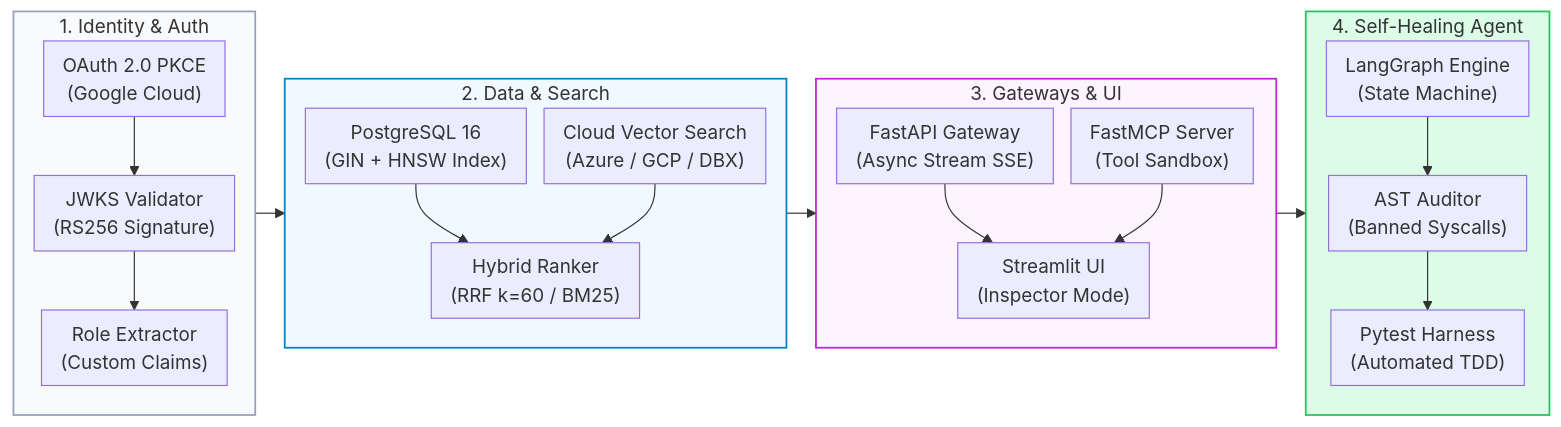
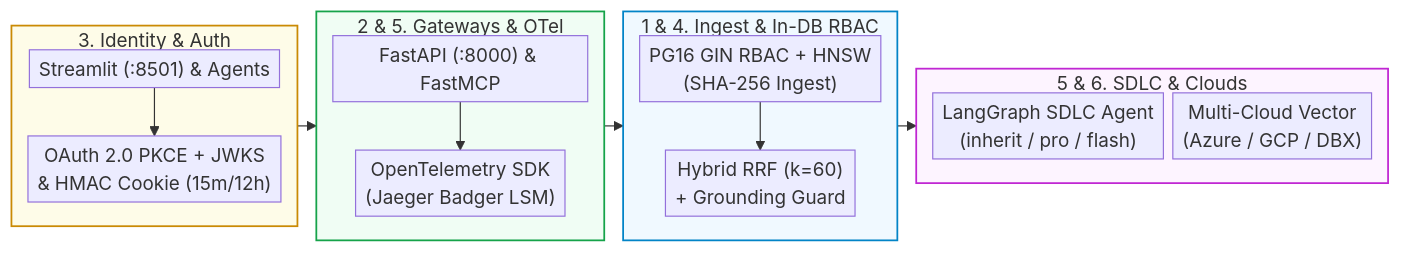
Before and after one commit to Kenono2000/enterprise-rag-pgvector-rbac: the first of 7 diagrams in README.md, drawn with Mermaid. The commit also changed other lines of this file, not shown here.

````diff
--- a/README.md
+++ b/README.md
@@ -47,27 +11,26 @@
 ```mermaid
-%%{init: {'flowchart': {'nodeSpacing': 15, 'rankSpacing': 25, 'padding': 8}}}%%
+%%{init: {'flowchart': {'nodeSpacing': 8, 'rankSpacing': 16, 'padding': 4}}}%%
 flowchart LR
-    subgraph IdentityLayer ["1. Identity & Auth"]
+    subgraph Identity ["3. Identity & Auth"]
         direction TB
-        AuthCode["OAuth 2.0 PKCE<br/>(Google Cloud)"] --> JWKSValidator["JWKS Validator<br/>(RS256 Signature)"] --> RoleMapper["Role Extractor<br/>(Custom Claims)"]
+        UI["Streamlit (:8501) & Agents"] --> PKCE["OAuth 2.0 PKCE + JWKS<br/>& HMAC Cookie (15m/12h)"]
     end
-    subgraph RetrievalLayer ["2. Data & Search"]
+    subgraph Gateways ["2 & 5. Gateways & OTel"]
         direction TB
-        PGVector["PostgreSQL 16<br/>(GIN + HNSW Index)"] --> HybridRanker["Hybrid Ranker<br/>(RRF k=60 / BM25)"]
-        CloudSearch["Cloud Vector Search<br/>(Azure / GCP / DBX)"] --> HybridRanker
+        API["FastAPI (:8000) & FastMCP"] --> OTel["OpenTelemetry SDK<br/>(Jaeger Badger LSM)"]
     end
-    subgraph ServiceLayer ["3. Gateways & UI"]
+    subgraph RAGCore ["1 & 4. Ingest & In-DB RBAC"]
         direction TB
-        APIGateway["FastAPI Gateway<br/>(Async Stream SSE)"] --> StreamlitUI["Streamlit UI<br/>(Inspector Mode)"]
-        MCPGateway["FastMCP Server<br/>(Tool Sandbox)"] --> StreamlitUI
+        PG["PG16 GIN RBAC + HNSW<br/>(SHA-256 Ingest)"] --> RRF["Hybrid RRF (k=60)<br/>+ Grounding Guard"]
     end
-    subgraph SDLCLayer ["4. Self-Healing Agent"]
+    subgraph CloudAndSDLC ["5 & 6. SDLC & Clouds"]
         direction TB
-        AgentPropose["LangGraph Engine<br/>(State Machine)"] --> ASTGuardrail["AST Auditor<br/>(Banned Syscalls)"] --> PytestRunner["Pytest Harness<br/>(Automated TDD)"]
+        SDLC["LangGraph SDLC Agent<br/>(inherit / pro / flash)"]
+        Clouds["Multi-Cloud Vector<br/>(Azure / GCP / DBX)"]
     end
-    IdentityLayer --> RetrievalLayer --> ServiceLayer --> SDLCLayer
-    style IdentityLayer fill:#f8fafc,stroke:#94a3b8,stroke-width:1.5px
-    style RetrievalLayer fill:#f0f9ff,stroke:#0284c7,stroke-width:1.5px
-    style ServiceLayer fill:#fdf4ff,stroke:#c026d3,stroke-width:1.5px
-    style SDLCLayer fill:#dcfce7,stroke:#22c55e,stroke-width:1.5px
+    Identity --> Gateways --> RAGCore --> CloudAndSDLC
+    style Identity fill:#fefce8,stroke:#ca8a04,stroke-width:1.5px
+    style Gateways fill:#f0fdf4,stroke:#16a34a,stroke-width:1.5px
+    style RAGCore fill:#f0f9ff,stroke:#0284c7,stroke-width:1.5px
+    style CloudAndSDLC fill:#fdf4ff,stroke:#c026d3,stroke-width:1.5px
 ```
````
